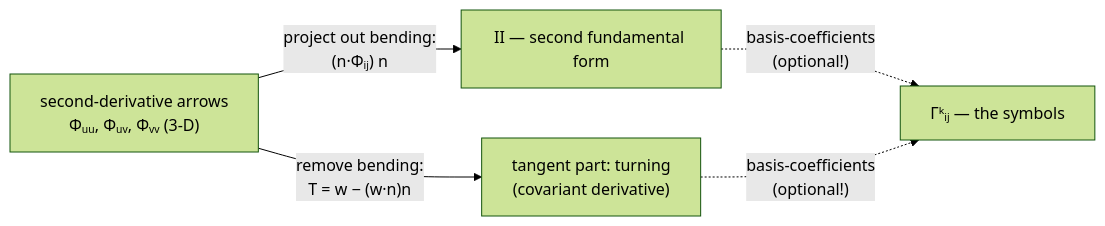
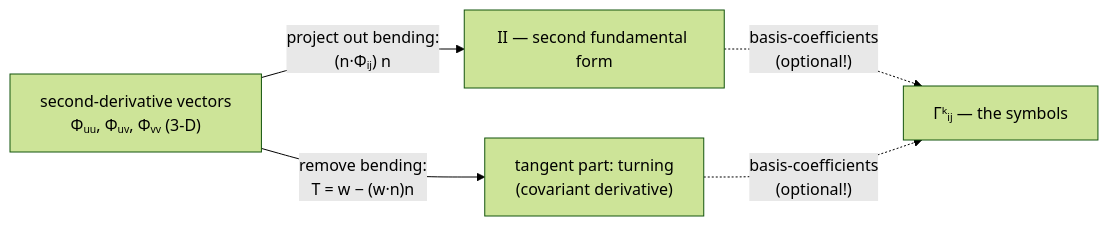
Before and after one commit to TreeHappy/brane: the diagram in projects/geodesia/learn-geodesia/01-02-fundamental-forms-and-tangent-parts.md, drawn with Mermaid (forest theme). The commit also changed other lines of this file and 5 other files, not shown here.

````diff
--- a/projects/geodesia/learn-geodesia/01-02-fundamental-forms-and-tangent-parts.md
+++ b/projects/geodesia/learn-geodesia/01-02-fundamental-forms-and-tangent-parts.md
@@ -1691,7 +1696,7 @@
 ```mermaid
 flowchart LR
-    A["second-derivative arrows<br/>Φᵤᵤ, Φᵤᵥ, Φᵥᵥ (3-D)"] -->|"project out bending:<br/>(n·Φᵢⱼ) n"| B["II — second fundamental form"]
+    A["second-derivative vectors<br/>Φᵤᵤ, Φᵤᵥ, Φᵥᵥ (3-D)"] -->|"project out bending:<br/>(n·Φᵢⱼ) n"| B["II — second fundamental form"]
     A -->|"remove bending:<br/>T = w − (w·n)n"| C["tangent part: turning<br/>(covariant derivative)"]
     B -.->|"basis-coefficients<br/>(optional!)"| D["Γᵏᵢⱼ — the symbols"]
     C -.->|"basis-coefficients<br/>(optional!)"| D
 ```
````
